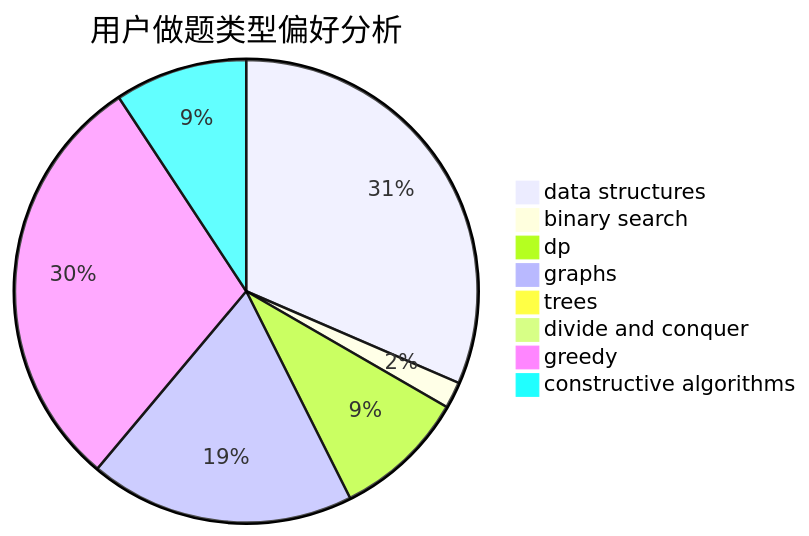
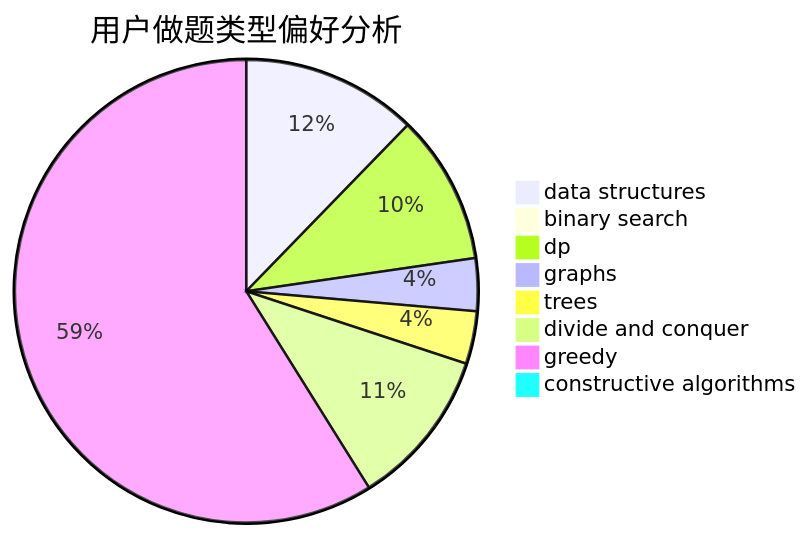
Before and after one commit to sherpahu/cfrs.github.io: the second of 3 diagrams in docs/user/u1015.md, drawn with Mermaid. The commit also changed other lines of this file and 2770 other files, not shown here.

````diff
--- a/docs/user/u1015.md
+++ b/docs/user/u1015.md
@@ -23,11 +23,11 @@
 ```mermaid
 pie title 用户做题类型偏好分析
-    "data structures" :  17
-    "binary search" :  1
-    "dp" :  5
-    "graphs" :  10
-    "trees" :  0
-    "divide and conquer" :  0
-    "greedy" :  16
-    "constructive algorithms" :  5
+    "data structures" :  20
+    "binary search" :  0
+    "dp" :  17
+    "graphs" :  6
+    "trees" :  6
+    "divide and conquer" :  18
+    "greedy" :  96
+    "constructive algorithms" :  0
 ```
````
